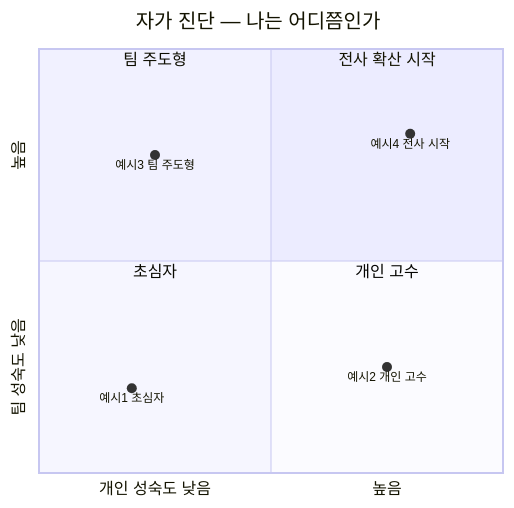
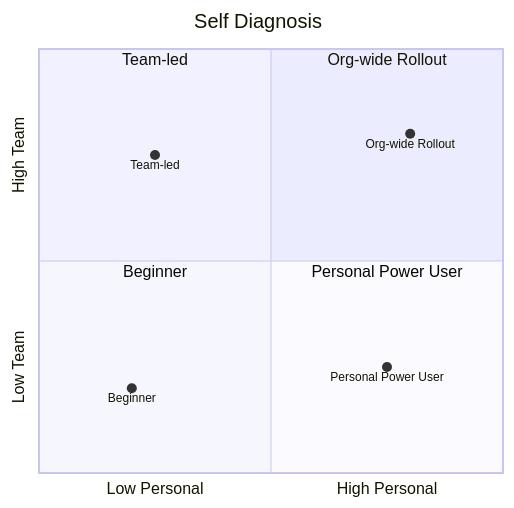
The diagram in content/part-0-getting-started/how-to-use.mdx (imakerjun/effective-ai-coding-sds), drawn with Mermaid before and after one commit. The commit also changed other lines of this file and 1 other file, not shown here.

````diff
--- a/content/part-0-getting-started/how-to-use.mdx
+++ b/content/part-0-getting-started/how-to-use.mdx
@@ -37,14 +8,14 @@
 ```mermaid
 quadrantChart
-    title 자가 진단 — 나는 어디쯤인가
-    x-axis 개인 성숙도 낮음 --> 높음
-    y-axis 팀 성숙도 낮음 --> 높음
-    quadrant-1 전사 확산 시작
-    quadrant-2 팀 주도형
-    quadrant-3 초심자
-    quadrant-4 개인 고수
-    예시1 초심자: [0.2, 0.2]
-    예시2 개인 고수: [0.75, 0.25]
-    예시3 팀 주도형: [0.25, 0.75]
-    예시4 전사 시작: [0.8, 0.8]
+    title Self Diagnosis
+    x-axis Low Personal --> High Personal
+    y-axis Low Team --> High Team
+    quadrant-1 Org-wide Rollout
+    quadrant-2 Team-led
+    quadrant-3 Beginner
+    quadrant-4 Personal Power User
+    Beginner: [0.2, 0.2]
+    Personal Power User: [0.75, 0.25]
+    Team-led: [0.25, 0.75]
+    Org-wide Rollout: [0.8, 0.8]
 ```
````
